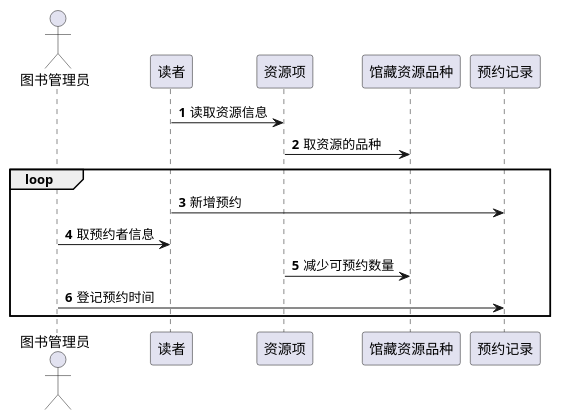
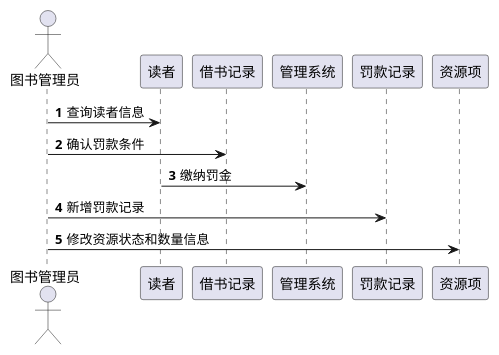
Before and after one commit to jkcqi/is_analysis: the fourth of 4 diagrams in test4/README.md, drawn with PlantUML. The commit also changed other lines of this file and 4 other files, not shown here.

````diff
--- a/test4/README.md
+++ b/test4/README.md
@@ -91,16 +91,13 @@
 ```puml
 @startuml
 autonumber
 actor 图书管理员
 
-读者 -> 资源项:读取资源信息
-资源项 -> 馆藏资源品种: 取资源的品种
-loop
-    读者 -> 预约记录:新增预约
-    图书管理员->读者:取预约者信息
-    资源项 -> 馆藏资源品种: 减少可预约数量
-    图书管理员->预约记录:登记预约时间
-end
+图书管理员->读者:查询读者信息
+图书管理员 -> 借书记录:确认罚款条件
+读者->管理系统:缴纳罚金
+图书管理员 -> 罚款记录: 新增罚款记录
+图书管理员 -> 资源项: 修改资源状态和数量信息
 
 @enduml
 ```
````
